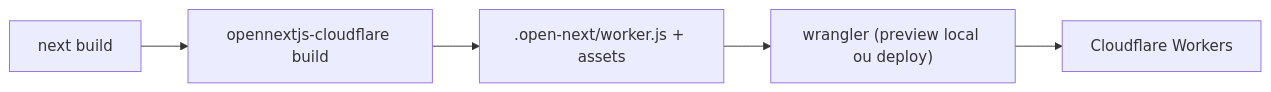
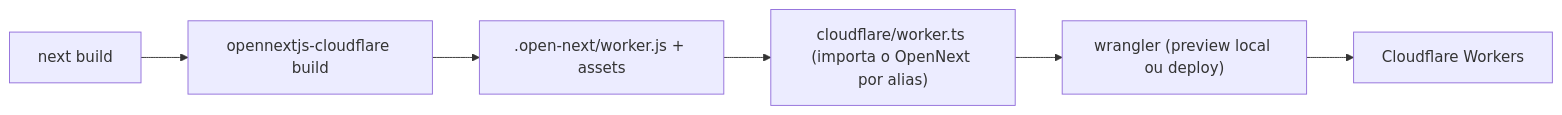
The second of 3 diagrams in docs/architecture.md (Willsmt/roseshop), drawn with Mermaid before and after one commit. The commit also changed other lines of this file and 5 other files, not shown here.

````diff
--- a/docs/architecture.md
+++ b/docs/architecture.md
@@ -202,7 +205,8 @@
 ```mermaid
 graph LR
   A["next build"] --> B["opennextjs-cloudflare build"]
   B --> C[".open-next/worker.js + assets"]
-  C --> D["wrangler (preview local ou deploy)"]
+  C --> W["cloudflare/worker.ts (importa o OpenNext por alias)"]
+  W --> D["wrangler (preview local ou deploy)"]
   D --> E["Cloudflare Workers"]
 ```
````
